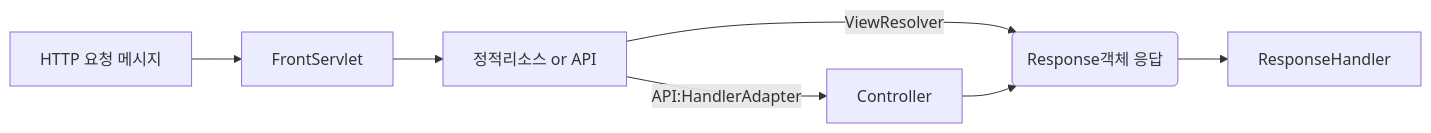
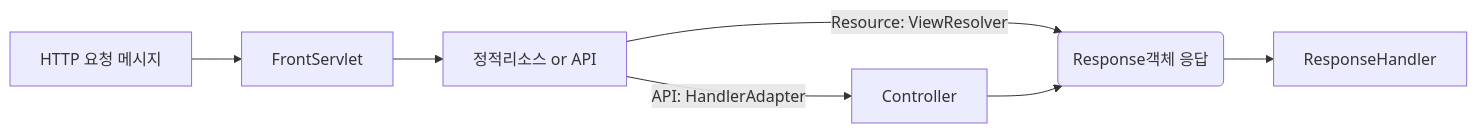
Before and after one commit to softeerbootcamp/be-java-web-server: the diagram in README.md, drawn with Mermaid.

Commit message:
update README.md
프로그램 전체 동작 구조 오타 수정

````diff
--- a/README.md
+++ b/README.md
@@ -8,10 +8,10 @@
 ```mermaid
 flowchart LR 
 A[HTTP 요청 메시지] --> B; 
 B[FrontServlet] --> C;
-C[정적리소스 or API] -->|API:HandlerAdapter| E; 
-C -->|ViewResolver| G; 
+C[정적리소스 or API] -->|API: HandlerAdapter| E; 
+C -->|Resource: ViewResolver| G; 
 E[Controller] --> G; 
 G(Response객체 응답) --> I; 
 I[ResponseHandler];
 ```
````
